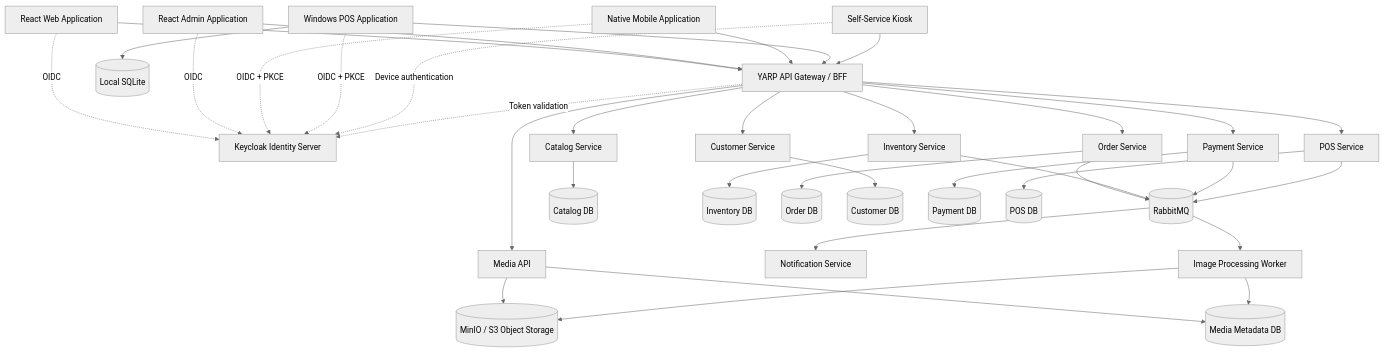
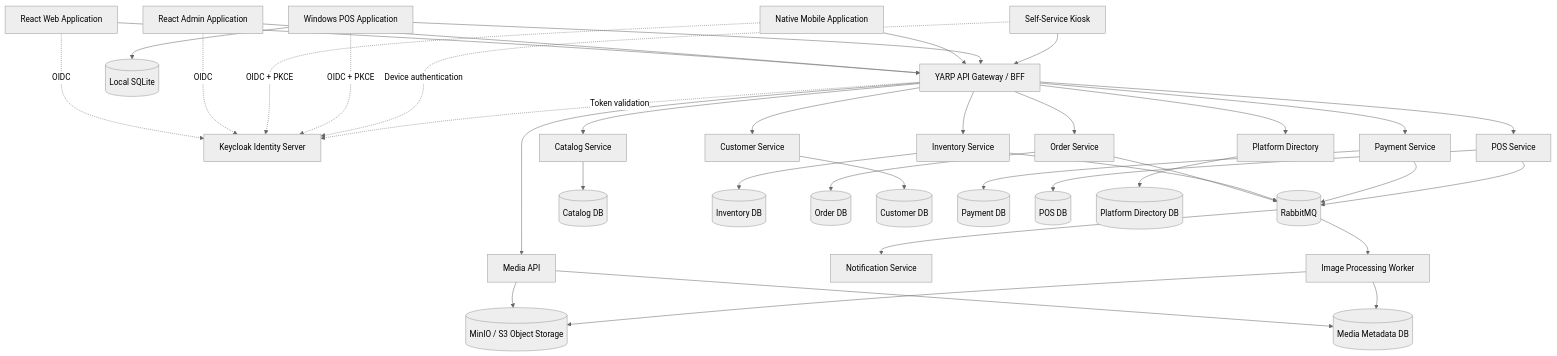
One commit to nexaconnect12-lab/nexa-connect changed the diagram in AI/architecture/project_overview.md. Above: the diagram before and after it, drawn with Mermaid (neutral theme). The commit also changed other lines of this file and 44 other files, not shown here.

````diff
--- a/AI/architecture/project_overview.md
+++ b/AI/architecture/project_overview.md
@@ -27,51 +27,53 @@
 ```mermaid
 flowchart TB
     KC[Keycloak Identity Server]
     WEB[React Web Application]
     ADMIN[React Admin Application]
     MOBILE[Native Mobile Application]
     POS[Windows POS Application]
     KIOSK[Self-Service Kiosk]
     GW[YARP API Gateway / BFF]
 
     WEB --> GW
     ADMIN --> GW
     MOBILE --> GW
     POS --> GW
     KIOSK --> GW
 
     WEB -. OIDC .-> KC
     ADMIN -. OIDC .-> KC
     MOBILE -. OIDC + PKCE .-> KC
     POS -. OIDC + PKCE .-> KC
     KIOSK -. Device authentication .-> KC
     GW -. Token validation .-> KC
 
     GW --> CATALOG[Catalog Service]
     GW --> INVENTORY[Inventory Service]
     GW --> ORDER[Order Service]
     GW --> CUSTOMER[Customer Service]
     GW --> PAYMENT[Payment Service]
     GW --> POSSVC[POS Service]
+    GW --> DIRECTORY[Platform Directory]
     GW --> MEDIA[Media API]
 
     ORDER --> BUS[(RabbitMQ)]
     INVENTORY --> BUS
     PAYMENT --> BUS
     POSSVC --> BUS
     BUS --> NOTIFY[Notification Service]
     BUS --> IMAGEWORKER[Image Processing Worker]
 
     CATALOG --> CATALOGDB[(Catalog DB)]
     INVENTORY --> INVENTORYDB[(Inventory DB)]
     ORDER --> ORDERDB[(Order DB)]
     CUSTOMER --> CUSTOMERDB[(Customer DB)]
     PAYMENT --> PAYMENTDB[(Payment DB)]
     POSSVC --> POSDB[(POS DB)]
+    DIRECTORY --> DIRECTORYDB[(Platform Directory DB)]
     MEDIA --> MEDIADB[(Media Metadata DB)]
     MEDIA --> OBJECTSTORE[(MinIO / S3 Object Storage)]
     IMAGEWORKER --> OBJECTSTORE
     IMAGEWORKER --> MEDIADB
 
     POS --> SQLITE[(Local SQLite)]
 ```
````
